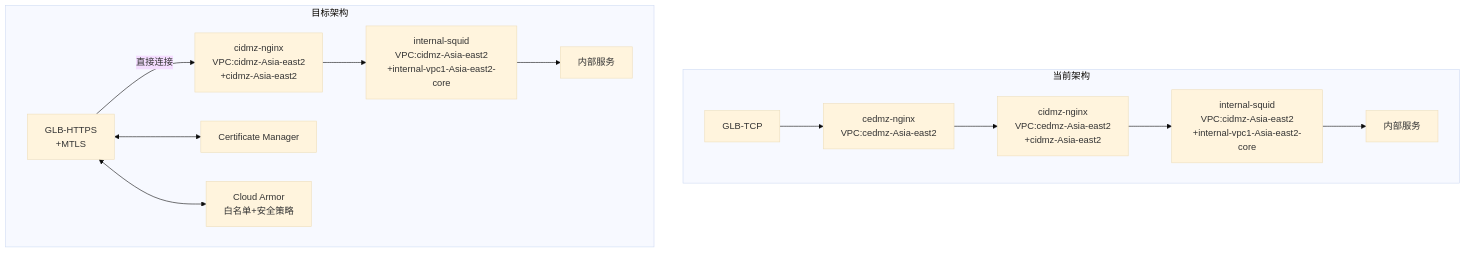
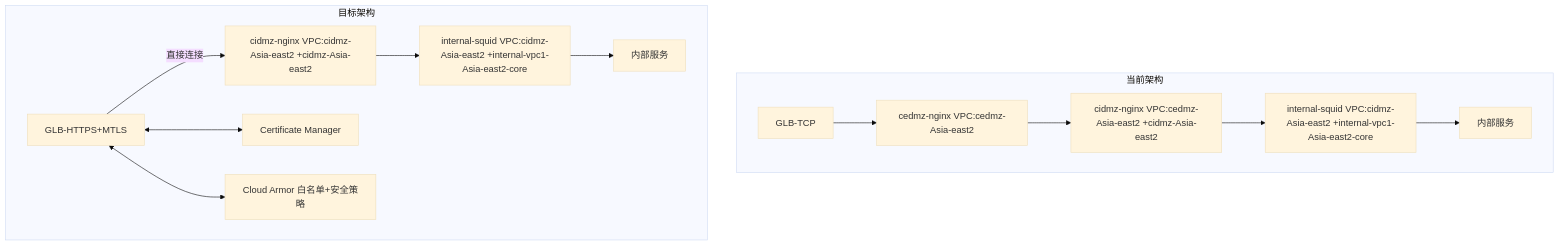
One commit to aibangjuxin/knowledge changed diagram 11 of 19 in gcp/mtls/mtls-verify.md. Above: the diagram before and after it, drawn with Mermaid (base theme). The commit also changed other lines of this file, not shown here.

Commit message:
This is for my macOS git push or pull at Sun Mar 23 10:23:14 CST 2025. Last changed file: gcp/mtls/mtls-verify.md

````diff
--- a/gcp/mtls/mtls-verify.md
+++ b/gcp/mtls/mtls-verify.md
@@ -265,18 +571,18 @@
 ```mermaid
 flowchart TD
     subgraph "当前架构"
-    A[GLB-TCP] --> B[cedmz-nginx\nVPC:cedmz-Asia-east2]
-    B --> C[cidmz-nginx\nVPC:cedmz-Asia-east2\n+cidmz-Asia-east2]
-    C --> D[internal-squid\nVPC:cidmz-Asia-east2\n+internal-vpc1-Asia-east2-core]
+    A[GLB-TCP] --> B[cedmz-nginx VPC:cedmz-Asia-east2]
+    B --> C[cidmz-nginx VPC:cedmz-Asia-east2 +cidmz-Asia-east2]
+    C --> D[internal-squid VPC:cidmz-Asia-east2 +internal-vpc1-Asia-east2-core]
     D --> E[内部服务]
     end
     
     subgraph "目标架构"
-    A2[GLB-HTTPS\n+MTLS] --> |直接连接| C2[cidmz-nginx\nVPC:cidmz-Asia-east2\n+cidmz-Asia-east2]
-    C2 --> D2[internal-squid\nVPC:cidmz-Asia-east2\n+internal-vpc1-Asia-east2-core]
+    A2[GLB-HTTPS+MTLS] --> |直接连接| C2[cidmz-nginx VPC:cidmz-Asia-east2 +cidmz-Asia-east2]
+    C2 --> D2[internal-squid VPC:cidmz-Asia-east2 +internal-vpc1-Asia-east2-core]
     D2 --> E2[内部服务]
     A2 <--> F[Certificate Manager]
-    A2 <--> G[Cloud Armor\n白名单+安全策略]
+    A2 <--> G[Cloud Armor 白名单+安全策略]
     end
 
 ```
````
